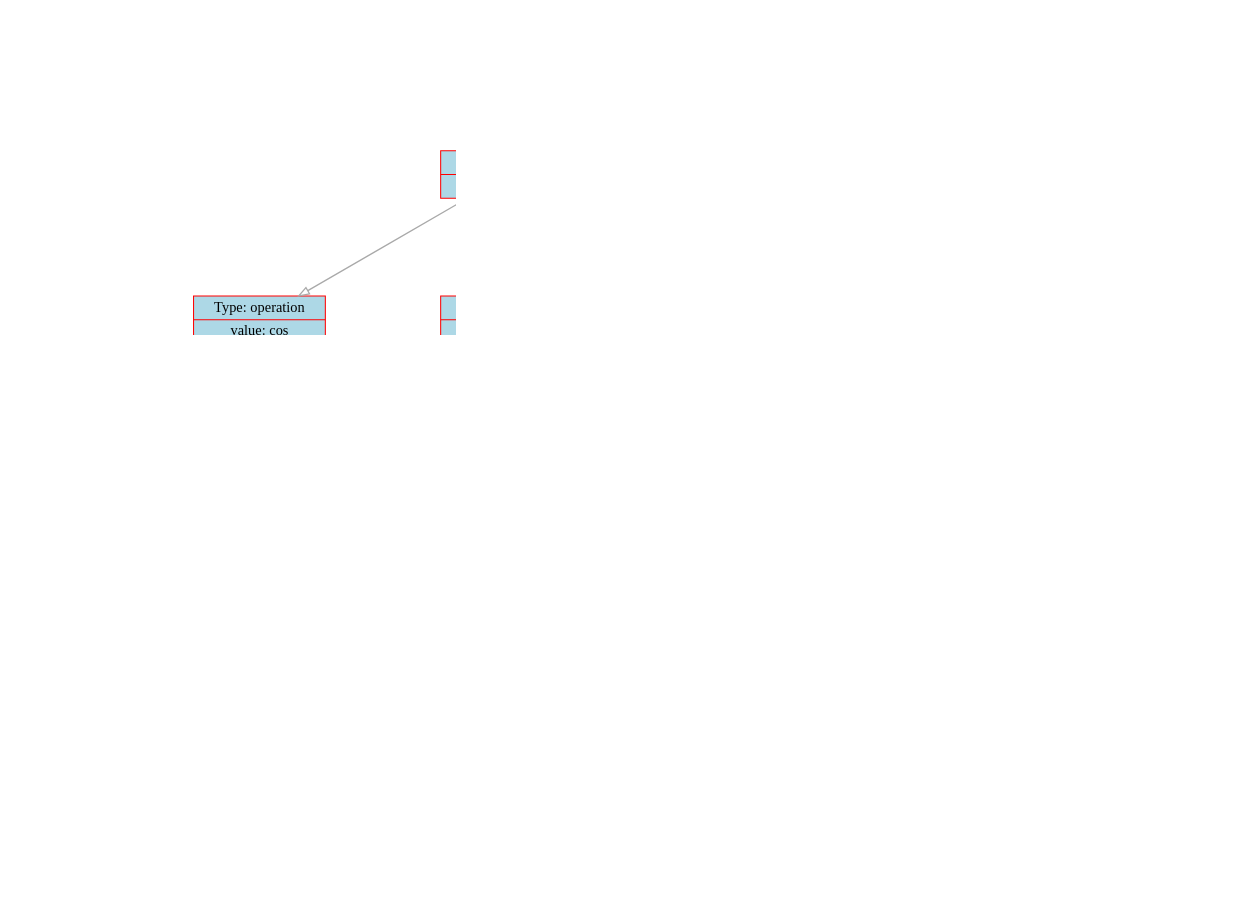
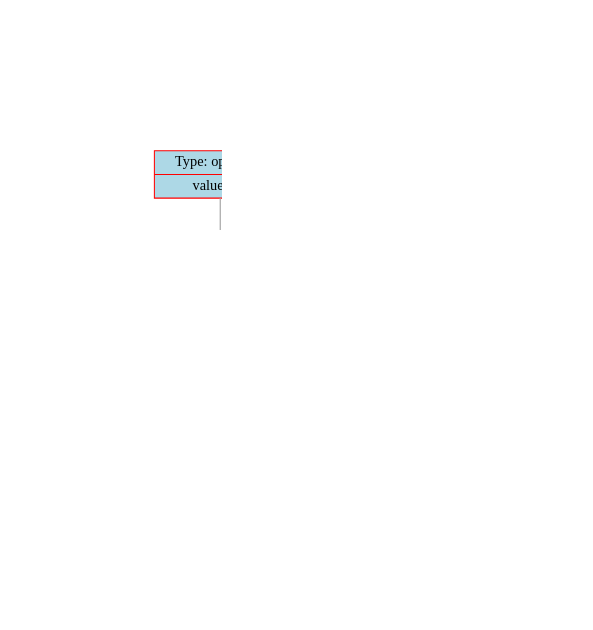
The diagram in data/graph.dot (dodokek/Derivative-Calculator), drawn with Graphviz before and after one commit. The commit also changed 5 other files, not shown here.

```diff
--- a/data/graph.dot
+++ b/data/graph.dot
@@ -1,100 +1,43 @@
 
     digraph g {
         dpi      = 200;
         fontname = "Comic Sans MS";
         fontsize = 20;
         rankdir   =  TB;
         edge [color = darkgrey, arrowhead = onormal, arrowsize = 1, penwidth = 1.2]
         graph[fillcolor = lightgreen, ranksep = 1.3, nodesep = 0.5,
         style = "rounded, filled",color = green, penwidth = 2]
 
-    Node0000020cafb86930[shape=record, width=0.2, style="filled", color="red", fillcolor="lightblue",label=" {Type: operation | value: +}"] 
+    Node000001e846b21860[shape=record, width=0.2, style="filled", color="red", fillcolor="lightblue",label=" {Type: operation | value: +}"] 
  
-Node0000020cafb86d80[shape=record, width=0.2, style="filled", color="red", fillcolor="lightblue",label=" {Type: operation | value: \cdot}"] 
+Node000001e846b21710[shape=record, width=0.2, style="filled", color="red", fillcolor="lightblue",label=" {Type: operation | value: sin}"] 
  
-Node0000020cafb86660[shape=record, width=0.2, style="filled", color="red", fillcolor="lightblue",label=" {Type: operation | value: cos}"] 
+Node000001e846b216e0[shape=record, width=0.2, style="filled", color="red", fillcolor="lightblue",label=" {Type: operation | value: ^}"] 
  
-Node0000020cafb868a0[shape=record, width=0.2, style="filled", color="red", fillcolor="lightblue",label=" {Type: operation | value: ^}"] 
+Node000001e846b21680[shape=record, width=0.2, style="filled", color="red", fillcolor="lightblue",label=" {Type: variable | value: X}"] 
  
-Node0000020cafb81680[shape=record, width=0.2, style="filled", color="red", fillcolor="lightblue",label=" {Type: variable | value: X}"] 
+Node000001e846b216b0[shape=record, width=0.2, style="filled", color="red", fillcolor="lightblue",label=" {Type: number | value: 5}"] 
  
-Node0000020cafb816b0[shape=record, width=0.2, style="filled", color="red", fillcolor="lightblue",label=" {Type: number | value: 5}"] 
+Node000001e846b21830[shape=record, width=0.2, style="filled", color="red", fillcolor="lightblue",label=" {Type: operation | value: ^}"] 
  
-Node0000020cafb81af0[shape=record, width=0.2, style="filled", color="red", fillcolor="lightblue",label=" {Type: operation | value: \cdot}"] 
+Node000001e846b217d0[shape=record, width=0.2, style="filled", color="red", fillcolor="lightblue",label=" {Type: operation | value: cos}"] 
  
-Node0000020cafb81a60[shape=record, width=0.2, style="filled", color="red", fillcolor="lightblue",label=" {Type: operation | value: \cdot}"] 
+Node000001e846b217a0[shape=record, width=0.2, style="filled", color="red", fillcolor="lightblue",label=" {Type: operation | value: \cdot}"] 
  
-Node0000020cafb81a30[shape=record, width=0.2, style="filled", color="red", fillcolor="lightblue",label=" {Type: number | value: 5}"] 
+Node000001e846b21740[shape=record, width=0.2, style="filled", color="red", fillcolor="lightblue",label=" {Type: number | value: 10}"] 
  
-Node0000020cafb819a0[shape=record, width=0.2, style="filled", color="red", fillcolor="lightblue",label=" {Type: operation | value: ^}"] 
+Node000001e846b21770[shape=record, width=0.2, style="filled", color="red", fillcolor="lightblue",label=" {Type: variable | value: X}"] 
  
-Node0000020cafb81b20[shape=record, width=0.2, style="filled", color="red", fillcolor="lightblue",label=" {Type: variable | value: X}"] 
+Node000001e846b21800[shape=record, width=0.2, style="filled", color="red", fillcolor="lightblue",label=" {Type: number | value: 3}"] 
  
-Node0000020cafb81910[shape=record, width=0.2, style="filled", color="red", fillcolor="lightblue",label=" {Type: number | value: 4}"] 
- 
-Node0000020cafb81970[shape=record, width=0.2, style="filled", color="red", fillcolor="lightblue",label=" {Type: number | value: 1}"] 
- 
-Node0000020cafb81b50[shape=record, width=0.2, style="filled", color="red", fillcolor="lightblue",label=" {Type: operation | value: \cdot}"] 
- 
-Node0000020cafb81c10[shape=record, width=0.2, style="filled", color="red", fillcolor="lightblue",label=" {Type: operation | value: \cdot}"] 
- 
-Node0000020cafb81be0[shape=record, width=0.2, style="filled", color="red", fillcolor="lightblue",label=" {Type: number | value: 3}"] 
- 
-Node0000020cafb819d0[shape=record, width=0.2, style="filled", color="red", fillcolor="lightblue",label=" {Type: operation | value: ^}"] 
- 
-Node0000020cafb81a00[shape=record, width=0.2, style="filled", color="red", fillcolor="lightblue",label=" {Type: operation | value: cos}"] 
- 
-Node0000020cafb817a0[shape=record, width=0.2, style="filled", color="red", fillcolor="lightblue",label=" {Type: operation | value: \cdot}"] 
- 
-Node0000020cafb81740[shape=record, width=0.2, style="filled", color="red", fillcolor="lightblue",label=" {Type: number | value: 10}"] 
- 
-Node0000020cafb81770[shape=record, width=0.2, style="filled", color="red", fillcolor="lightblue",label=" {Type: variable | value: X}"] 
- 
-Node0000020cafb81c40[shape=record, width=0.2, style="filled", color="red", fillcolor="lightblue",label=" {Type: number | value: 2}"] 
- 
-Node0000020cafb81940[shape=record, width=0.2, style="filled", color="red", fillcolor="lightblue",label=" {Type: operation | value: \cdot}"] 
- 
-Node0000020cafb81bb0[shape=record, width=0.2, style="filled", color="red", fillcolor="lightblue",label=" {Type: operation | value: \cdot}"] 
- 
-Node0000020cafb81ac0[shape=record, width=0.2, style="filled", color="red", fillcolor="lightblue",label=" {Type: number | value: -1}"] 
- 
-Node0000020cafb81a90[shape=record, width=0.2, style="filled", color="red", fillcolor="lightblue",label=" {Type: operation | value: sin}"] 
- 
-Node0000020cafb81c70[shape=record, width=0.2, style="filled", color="red", fillcolor="lightblue",label=" {Type: operation | value: \cdot}"] 
- 
-Node0000020cafb81740[shape=record, width=0.2, style="filled", color="red", fillcolor="lightblue",label=" {Type: number | value: 10}"] 
- 
-Node0000020cafb81770[shape=record, width=0.2, style="filled", color="red", fillcolor="lightblue",label=" {Type: variable | value: X}"] 
- 
-Node0000020cafb81b80[shape=record, width=0.2, style="filled", color="red", fillcolor="lightblue",label=" {Type: number | value: 10}"] 
- 
-Node0000020cafb86930->Node0000020cafb86d80
-Node0000020cafb86d80->Node0000020cafb86660
-Node0000020cafb86660->Node0000020cafb868a0
-Node0000020cafb868a0->Node0000020cafb81680
-Node0000020cafb868a0->Node0000020cafb816b0
-Node0000020cafb86d80->Node0000020cafb81af0
-Node0000020cafb81af0->Node0000020cafb81a60
-Node0000020cafb81a60->Node0000020cafb81a30
-Node0000020cafb81a60->Node0000020cafb819a0
-Node0000020cafb819a0->Node0000020cafb81b20
-Node0000020cafb819a0->Node0000020cafb81910
-Node0000020cafb81af0->Node0000020cafb81970
-Node0000020cafb86930->Node0000020cafb81b50
-Node0000020cafb81b50->Node0000020cafb81c10
-Node0000020cafb81c10->Node0000020cafb81be0
-Node0000020cafb81c10->Node0000020cafb819d0
-Node0000020cafb819d0->Node0000020cafb81a00
-Node0000020cafb81a00->Node0000020cafb817a0
-Node0000020cafb817a0->Node0000020cafb81740
-Node0000020cafb817a0->Node0000020cafb81770
-Node0000020cafb819d0->Node0000020cafb81c40
-Node0000020cafb81b50->Node0000020cafb81940
-Node0000020cafb81940->Node0000020cafb81bb0
-Node0000020cafb81bb0->Node0000020cafb81ac0
-Node0000020cafb81bb0->Node0000020cafb81a90
-Node0000020cafb81a90->Node0000020cafb81c70
-Node0000020cafb81c70->Node0000020cafb81740
-Node0000020cafb81c70->Node0000020cafb81770
-Node0000020cafb81940->Node0000020cafb81b80
+Node000001e846b21860->Node000001e846b21710
+Node000001e846b21710->Node000001e846b216e0
+Node000001e846b216e0->Node000001e846b21680
+Node000001e846b216e0->Node000001e846b216b0
+Node000001e846b21860->Node000001e846b21830
+Node000001e846b21830->Node000001e846b217d0
+Node000001e846b217d0->Node000001e846b217a0
+Node000001e846b217a0->Node000001e846b21740
+Node000001e846b217a0->Node000001e846b21770
+Node000001e846b21830->Node000001e846b21800
 }
```
